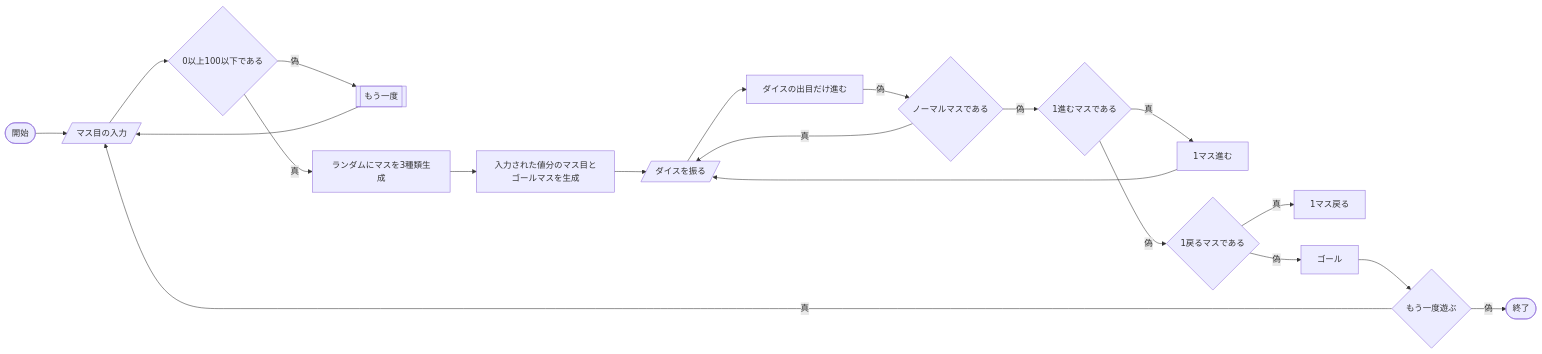
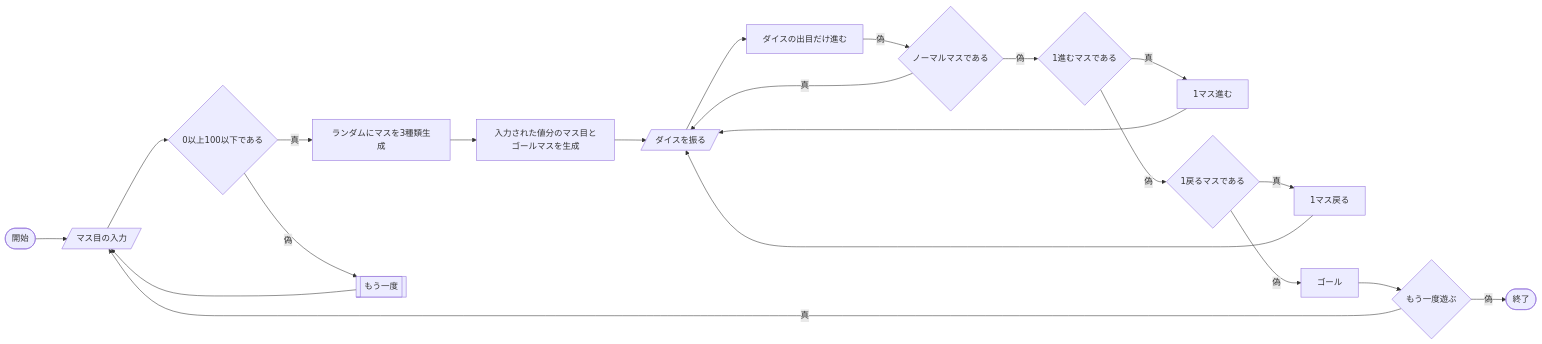
Before and after one commit to tpu-game-2022/mermaid_test: the diagram in README.md, drawn with Mermaid.

````diff
--- a/README.md
+++ b/README.md
@@ -21,23 +21,24 @@
 ```mermaid
 flowchart LR;
   A([開始]) --> B[/マス目の入力/];
   B --> C{0以上100以下である}
+  C --真--> E[ランダムにマスを3種類生成];
   C --偽--> D[[もう一度]];
   D --> B;
-  C --真--> E[ランダムにマスを3種類生成];
   E --> F[入力された値分のマス目とゴールマスを生成];
   F --> G[/ダイスを振る/];
   G --> P[ダイスの出目だけ進む];
   P --偽--> I{ノーマルマスである}
   I --真--> G;
   I --偽--> J{1進むマスである}
   J --真--> O[1マス進む];
   O --> G;
   J --偽--> K{1戻るマスである};
   K --真--> Q[1マス戻る];
+  Q --> G;
   K --偽--> H[ゴール];
   H --> M{もう一度遊ぶ}
   M --真--> B;
   M --偽--> N([終了]);
   
 ```
````
